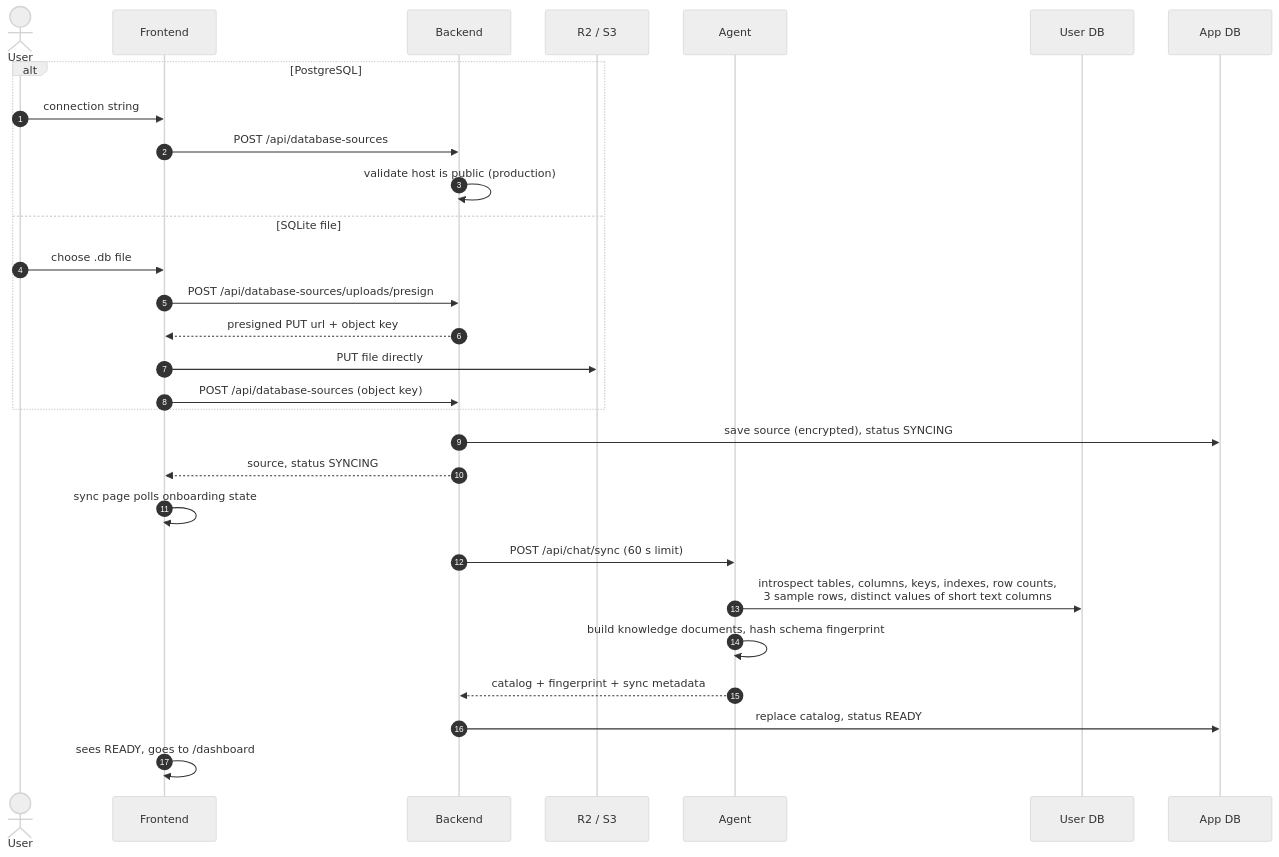
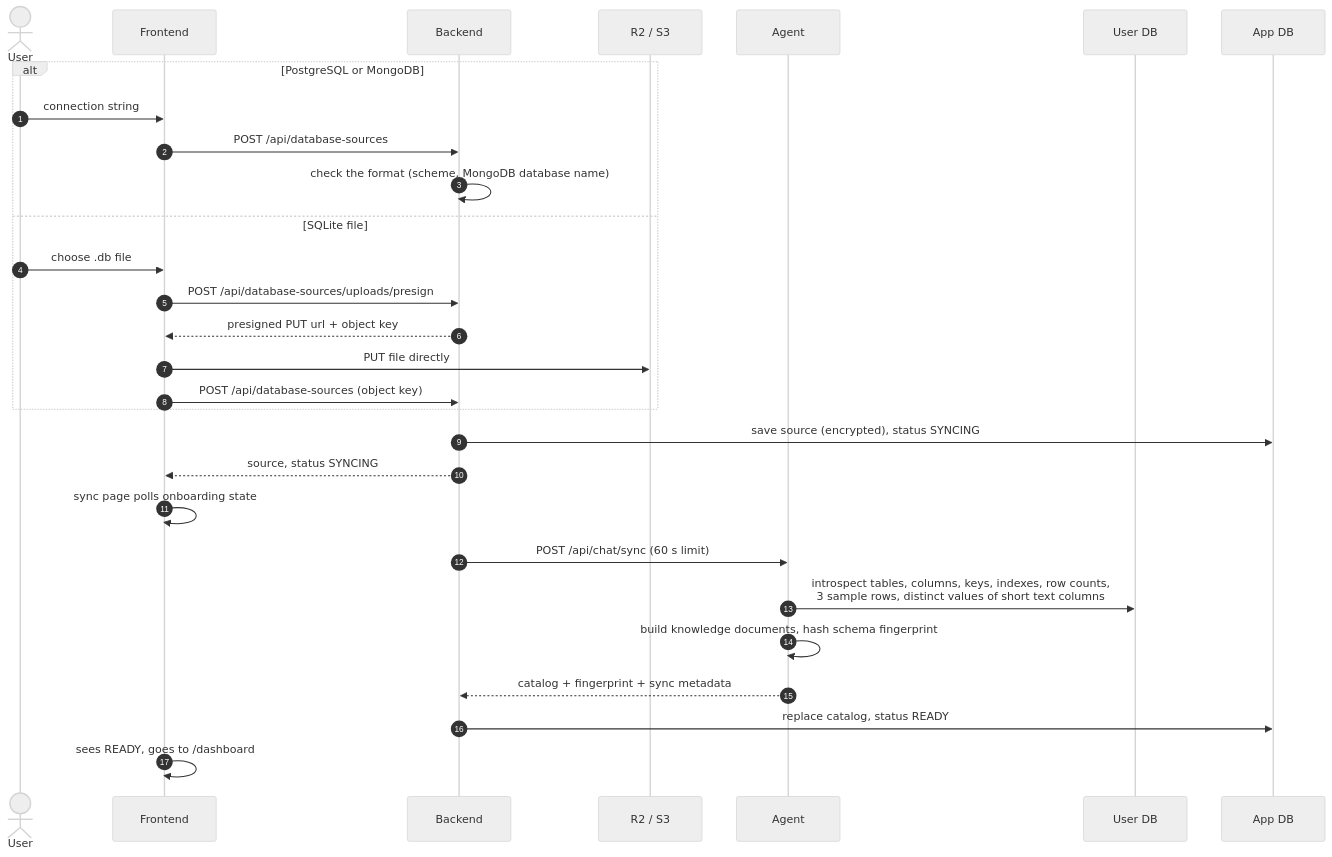
The second of 4 diagrams in docs/04-data-and-sync.md (Kakaw-AI/.github), drawn with Mermaid (neutral theme) before and after one commit. The commit also changed other lines of this file and 3 other files, not shown here.

First line of the commit message:
Describe MongoDB sources in the architecture notes

````diff
--- a/docs/04-data-and-sync.md
+++ b/docs/04-data-and-sync.md
@@ -86,34 +86,34 @@
 ```mermaid
 sequenceDiagram
     autonumber
     actor U as User
     participant FE as Frontend
     participant BE as Backend
     participant R2 as R2 / S3
     participant AG as Agent
     participant UDB as User DB
     participant DB as App DB
 
-    alt PostgreSQL
+    alt PostgreSQL or MongoDB
         U->>FE: connection string
         FE->>BE: POST /api/database-sources
-        BE->>BE: validate host is public (production)
+        BE->>BE: check the format (scheme, MongoDB database name)
     else SQLite file
         U->>FE: choose .db file
         FE->>BE: POST /api/database-sources/uploads/presign
         BE-->>FE: presigned PUT url + object key
         FE->>R2: PUT file directly
         FE->>BE: POST /api/database-sources (object key)
     end
 
     BE->>DB: save source (encrypted), status SYNCING
     BE-->>FE: source, status SYNCING
     FE->>FE: sync page polls onboarding state
 
     BE->>AG: POST /api/chat/sync (60 s limit)
     AG->>UDB: introspect tables, columns, keys, indexes, row counts,<br/>3 sample rows, distinct values of short text columns
     AG->>AG: build knowledge documents, hash schema fingerprint
     AG-->>BE: catalog + fingerprint + sync metadata
     BE->>DB: replace catalog, status READY
     FE->>FE: sees READY, goes to /dashboard
 ```
````
